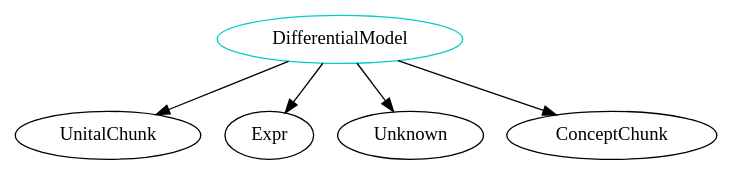
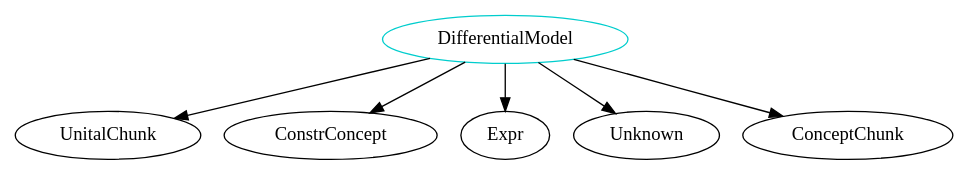
One commit to JacquesCarette/Drasil changed the diagram in analysis/TypeDependencyGraphs/lang/DifferentialModel.dot. Above: the diagram before and after it, drawn with Graphviz. The commit also changed 819 other files, not shown here.

```diff
--- a/analysis/TypeDependencyGraphs/lang/DifferentialModel.dot
+++ b/analysis/TypeDependencyGraphs/lang/DifferentialModel.dot
@@ -1,7 +1,8 @@
 digraph differentialmodel{
 DifferentialModel	[shape=oval, color=cyan3, label="DifferentialModel"];
 DifferentialModel -> UnitalChunk;
+DifferentialModel -> ConstrConcept;
 DifferentialModel -> Expr;
 DifferentialModel -> Unknown;
 DifferentialModel -> ConceptChunk;
 }
```
